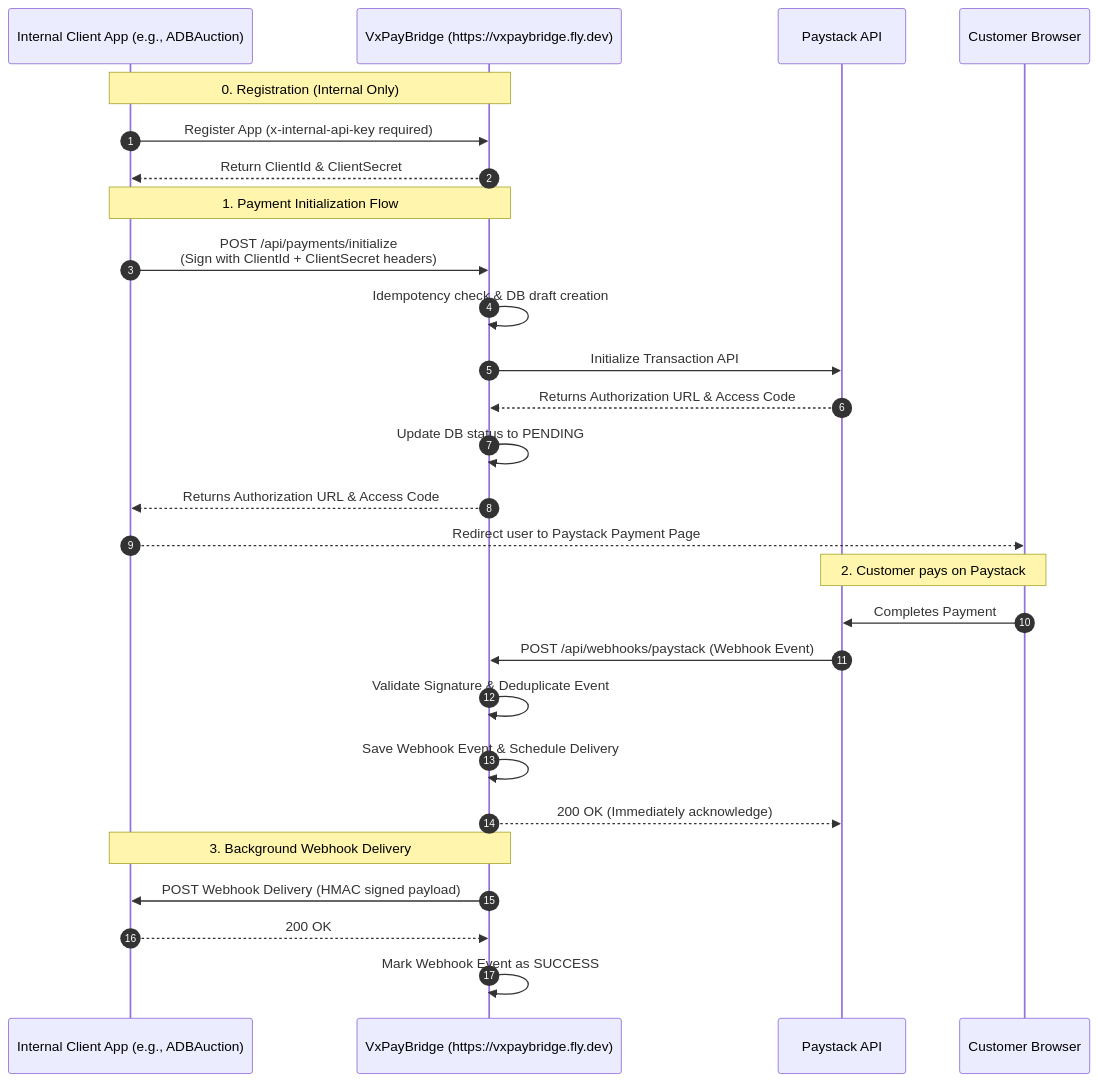
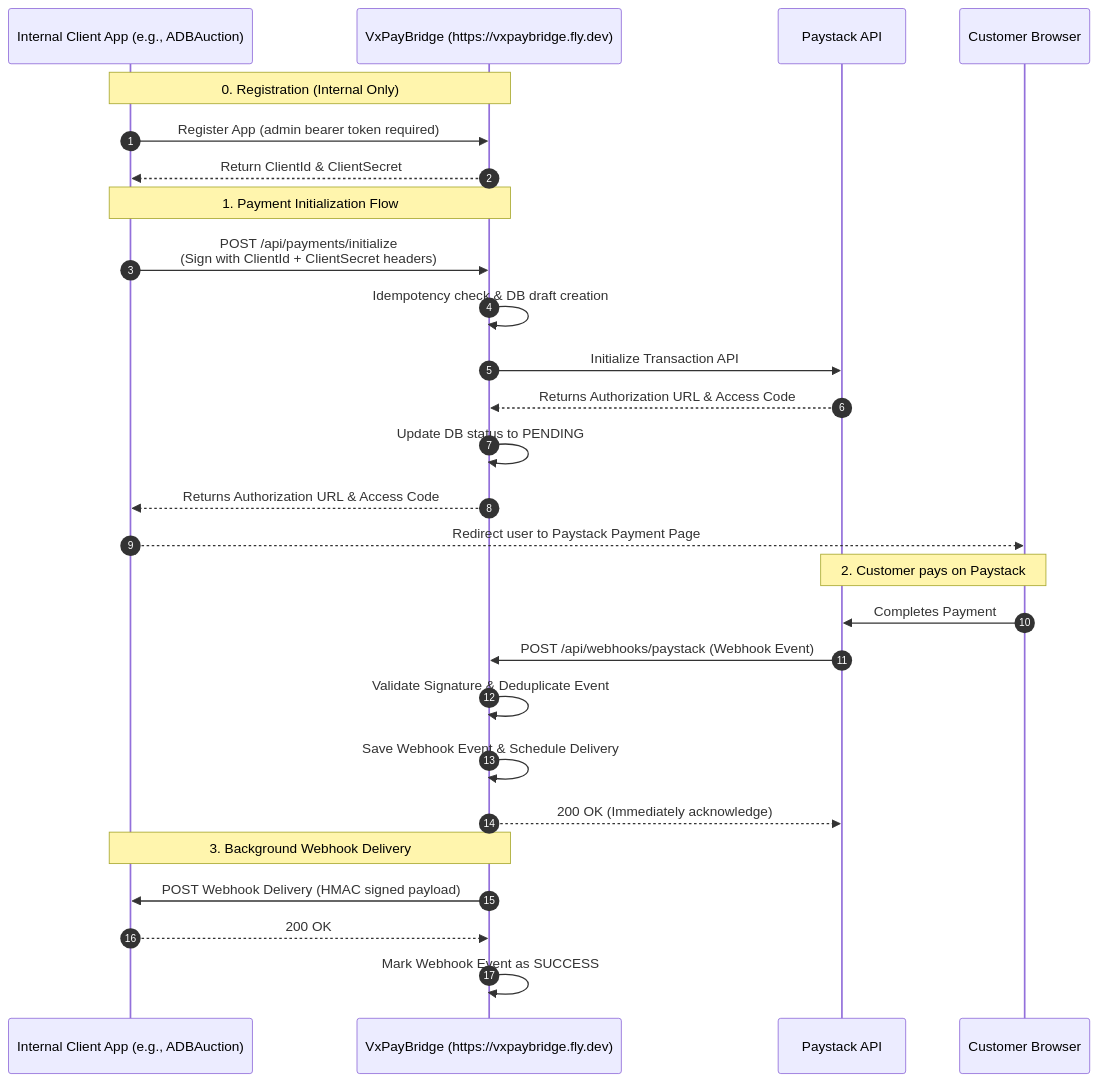
One commit to SakoeCourage/Vxpaybridge changed the diagram in doc/how-it-works.md. Above: the diagram before and after it, drawn with Mermaid. The commit also changed other lines of this file and 34 other files, not shown here.

````diff
--- a/doc/how-it-works.md
+++ b/doc/how-it-works.md
@@ -13,37 +13,37 @@
 ```mermaid
 sequenceDiagram
     autonumber
     participant ClientApp as Internal Client App (e.g., ADBAuction)
     participant Bridge as VxPayBridge (https://vxpaybridge.fly.dev)
     participant Paystack as Paystack API
     participant Customer as Customer Browser
 
     %% Client Registration
     Note over ClientApp, Bridge: 0. Registration (Internal Only)
-    ClientApp->>Bridge: Register App (x-internal-api-key required)
+    ClientApp->>Bridge: Register App (admin bearer token required)
     Bridge-->>ClientApp: Return ClientId & ClientSecret
 
     %% Payment Initialization Flow
     Note over ClientApp, Bridge: 1. Payment Initialization Flow
     ClientApp->>Bridge: POST /api/payments/initialize<br/>(Sign with ClientId + ClientSecret headers)
     Bridge->>Bridge: Idempotency check & DB draft creation
     Bridge->>Paystack: Initialize Transaction API
     Paystack-->>Bridge: Returns Authorization URL & Access Code
     Bridge->>Bridge: Update DB status to PENDING
     Bridge-->>ClientApp: Returns Authorization URL & Access Code
     ClientApp-->>Customer: Redirect user to Paystack Payment Page
 
     %% Payment Verification Flow (Webhook)
     Note over Customer, Paystack: 2. Customer pays on Paystack
     Customer->>Paystack: Completes Payment
     Paystack->>Bridge: POST /api/webhooks/paystack (Webhook Event)
     Bridge->>Bridge: Validate Signature & Deduplicate Event
     Bridge->>Bridge: Save Webhook Event & Schedule Delivery
     Bridge-->>Paystack: 200 OK (Immediately acknowledge)
 
     %% Webhook Retry / Delivery
     Note over Bridge, ClientApp: 3. Background Webhook Delivery
     Bridge->>ClientApp: POST Webhook Delivery (HMAC signed payload)
     ClientApp-->>Bridge: 200 OK
     Bridge->>Bridge: Mark Webhook Event as SUCCESS
 ```
````
